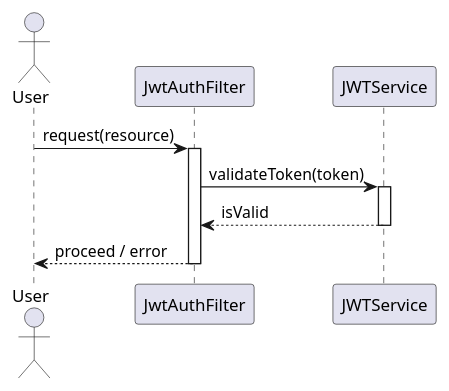
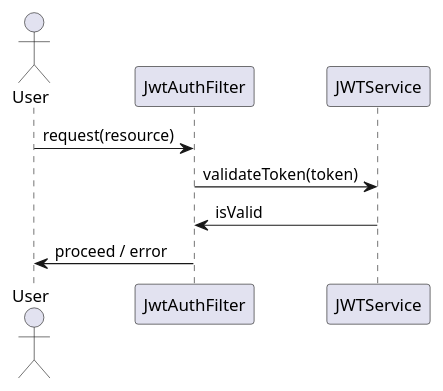
One commit to Dinesh-s95/AutoDoc.ai changed the third of 4 diagrams in identityprovider/documentation/detaileddesign.adoc. Above: the diagram before and after it, drawn with PlantUML. The commit also changed other lines of this file and 7 other files, not shown here.

```diff
--- a/identityprovider/documentation/detaileddesign.adoc
+++ b/identityprovider/documentation/detaileddesign.adoc
@@ -232,17 +175,13 @@
 [plantuml, jwt-validation-sequence, png]
 ----
 @startuml
-actor User
-participant JwtAuthFilter
-participant JWTService
+actor "User" as user
+participant "JwtAuthFilter" as filter
+participant "JWTService" as jwtService
 
-User -> JwtAuthFilter : request(resource)
-activate JwtAuthFilter
-JwtAuthFilter -> JWTService : validateToken(token)
-activate JWTService
-JWTService --> JwtAuthFilter : isValid
-deactivate JWTService
-JwtAuthFilter --> User : proceed / error
-deactivate JwtAuthFilter
+user -> filter : request(resource)
+filter -> jwtService : validateToken(token)
+jwtService -> filter : isValid
+filter -> user : proceed / error
 @enduml
 ----
```
